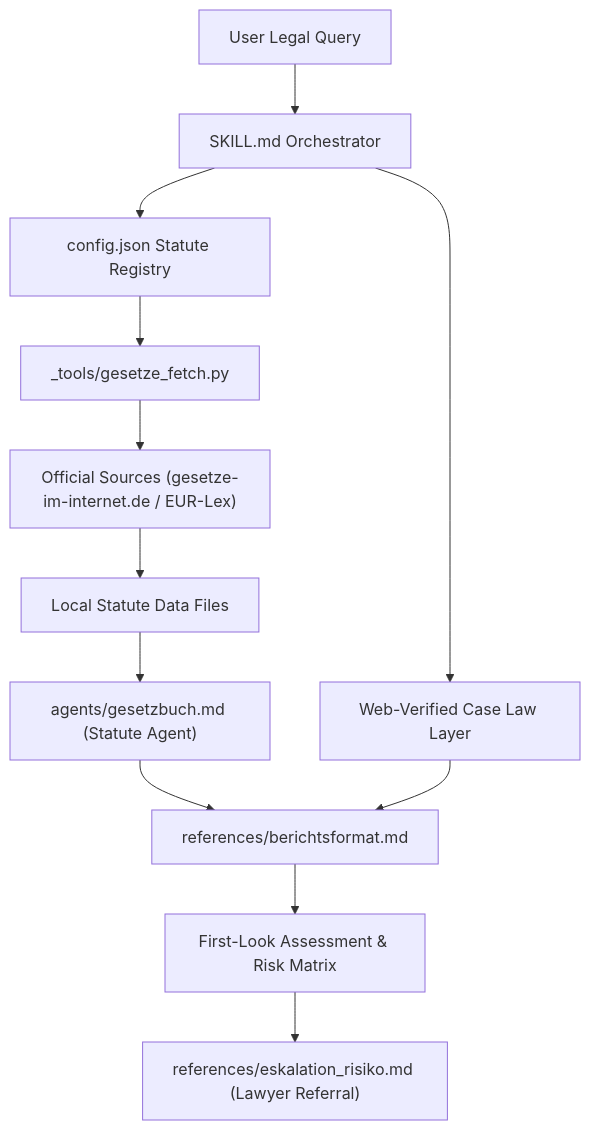
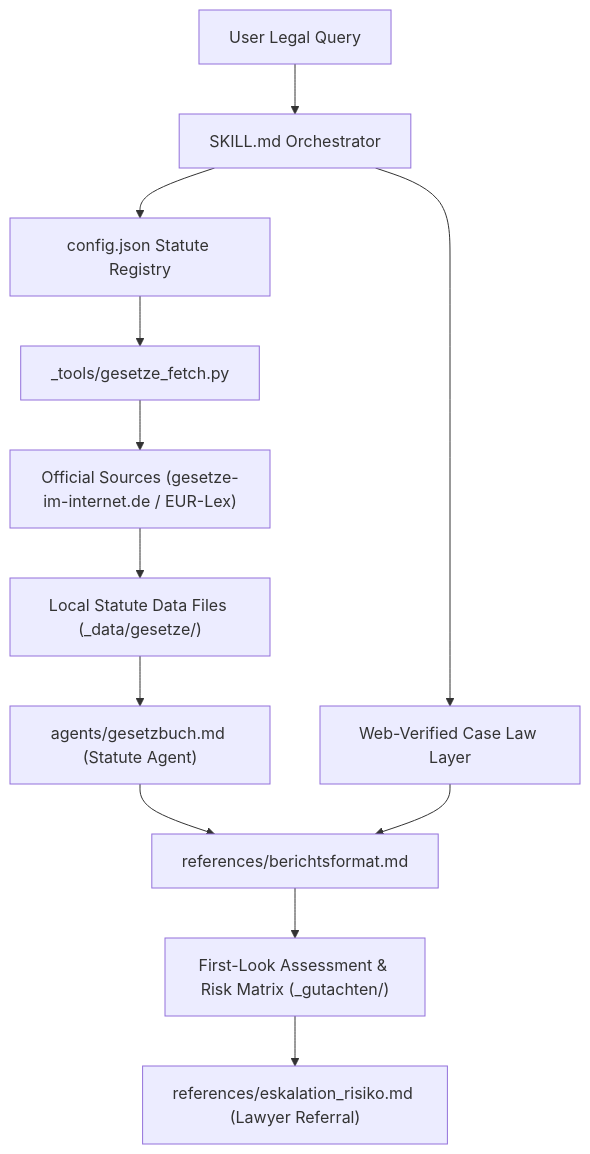
The first of 2 diagrams in README.md (ellmos-ai/rechtsabteilung), drawn with Mermaid before and after one commit. The commit also changed other lines of this file and 6 other files, not shown here.

Commit message:
docs(marketing): bilingual README architecture (EN/DE), workflow sequence diagram, and discoverability metadata

````diff
--- a/README.md
+++ b/README.md
@@ -33,14 +66,14 @@
 ```mermaid
 flowchart TD
     User["User Legal Query"] --> Skill["SKILL.md Orchestrator"]
     Skill --> Config["config.json Statute Registry"]
     Config --> Fetcher["_tools/gesetze_fetch.py"]
     Fetcher --> OfficialSources["Official Sources (gesetze-im-internet.de / EUR-Lex)"]
-    OfficialSources --> LocalData["Local Statute Data Files"]
+    OfficialSources --> LocalData["Local Statute Data Files (_data/gesetze/)"]
     LocalData --> Embodiment["agents/gesetzbuch.md (Statute Agent)"]
     Skill --> WebCaseLaw["Web-Verified Case Law Layer"]
     Embodiment --> ReportFormat["references/berichtsformat.md"]
     WebCaseLaw --> ReportFormat
-    ReportFormat --> Assessment["First-Look Assessment & Risk Matrix"]
+    ReportFormat --> Assessment["First-Look Assessment & Risk Matrix (_gutachten/)"]
     Assessment --> Escalation["references/eskalation_risiko.md (Lawyer Referral)"]
 ```
````
